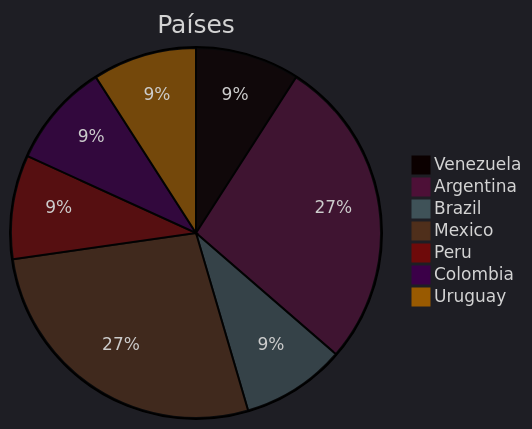
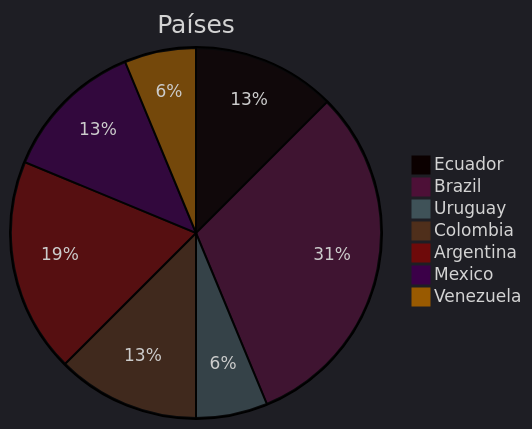
The first of 5 diagrams in exfiltradaz.md (ZoqueLabs/website), drawn with Mermaid before and after one commit. The commit also changed other lines of this file, not shown here.

````diff
--- a/exfiltradaz.md
+++ b/exfiltradaz.md
@@ -39,14 +41,14 @@
 ```mermaid
 ---
 config:
   theme: dark
 ---
 pie title Países
+  "Ecuador" : 2
+  "Brazil" : 5
+  "Uruguay" : 1
+  "Colombia" : 2
+  "Argentina" : 3
+  "Mexico" : 2
   "Venezuela" : 1
-  "Argentina" : 3
-  "Brazil" : 1
-  "Mexico" : 3
-  "Peru" : 1
-  "Colombia" : 1
-  "Uruguay" : 1
 ```
````
